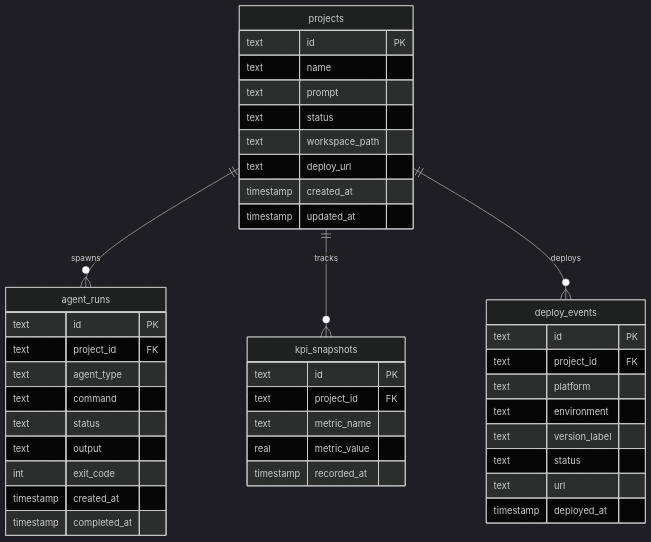
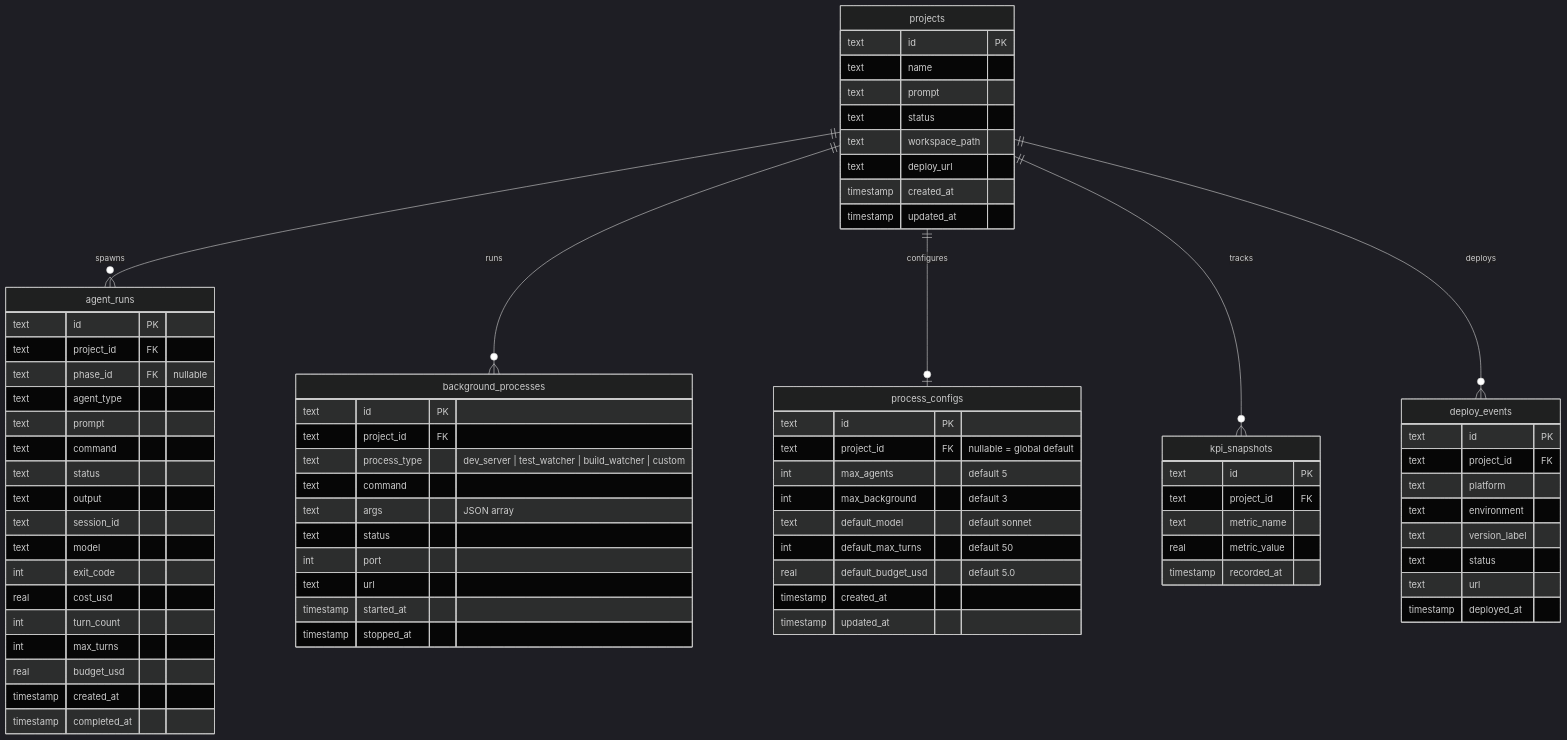
One commit to operator-auteng-ai/hq changed the fourth of 4 diagrams in docs/ARCH.md. Above: the diagram before and after it, drawn with Mermaid (dark theme). The commit also changed other lines of this file and 3 other files, not shown here.

First line of the commit message:
docs: add agent orchestration architecture and detailed Phase 1+2 plan

````diff
--- a/docs/ARCH.md
+++ b/docs/ARCH.md
@@ -148,13 +158,46 @@
     agent_runs {
         text id PK
         text project_id FK
+        text phase_id FK "nullable"
         text agent_type
+        text prompt
         text command
         text status
         text output
+        text session_id
+        text model
         int exit_code
+        real cost_usd
+        int turn_count
+        int max_turns
+        real budget_usd
         timestamp created_at
         timestamp completed_at
+    }
+
+    background_processes {
+        text id PK
+        text project_id FK
+        text process_type "dev_server | test_watcher | build_watcher | custom"
+        text command
+        text args "JSON array"
+        text status
+        int port
+        text url
+        timestamp started_at
+        timestamp stopped_at
+    }
+
+    process_configs {
+        text id PK
+        text project_id FK "nullable = global default"
+        int max_agents "default 5"
+        int max_background "default 3"
+        text default_model "default sonnet"
+        int default_max_turns "default 50"
+        real default_budget_usd "default 5.0"
+        timestamp created_at
+        timestamp updated_at
     }
 
     kpi_snapshots {
@@ -177,6 +220,8 @@
     }
 
     projects ||--o{ agent_runs : "spawns"
+    projects ||--o{ background_processes : "runs"
+    projects ||--o| process_configs : "configures"
     projects ||--o{ kpi_snapshots : "tracks"
     projects ||--o{ deploy_events : "deploys"
 ```
````
